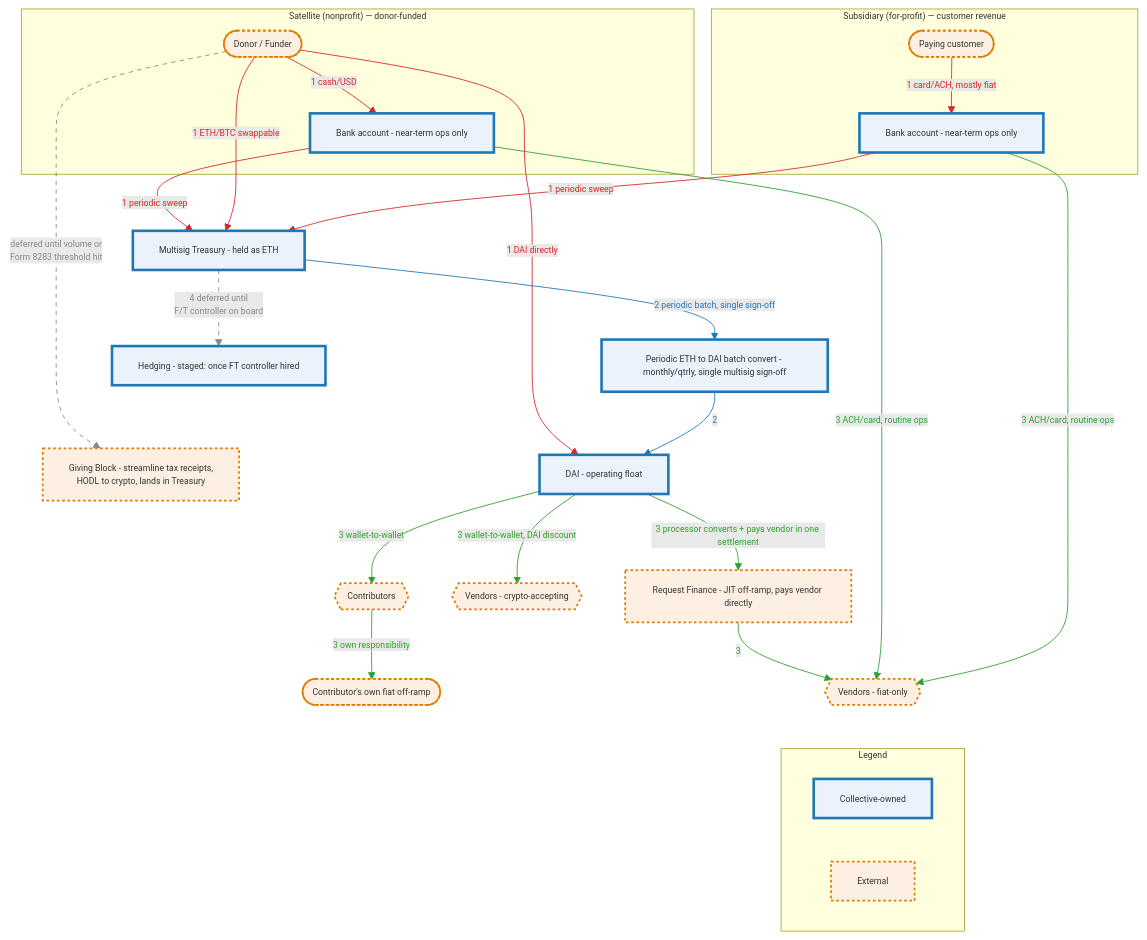
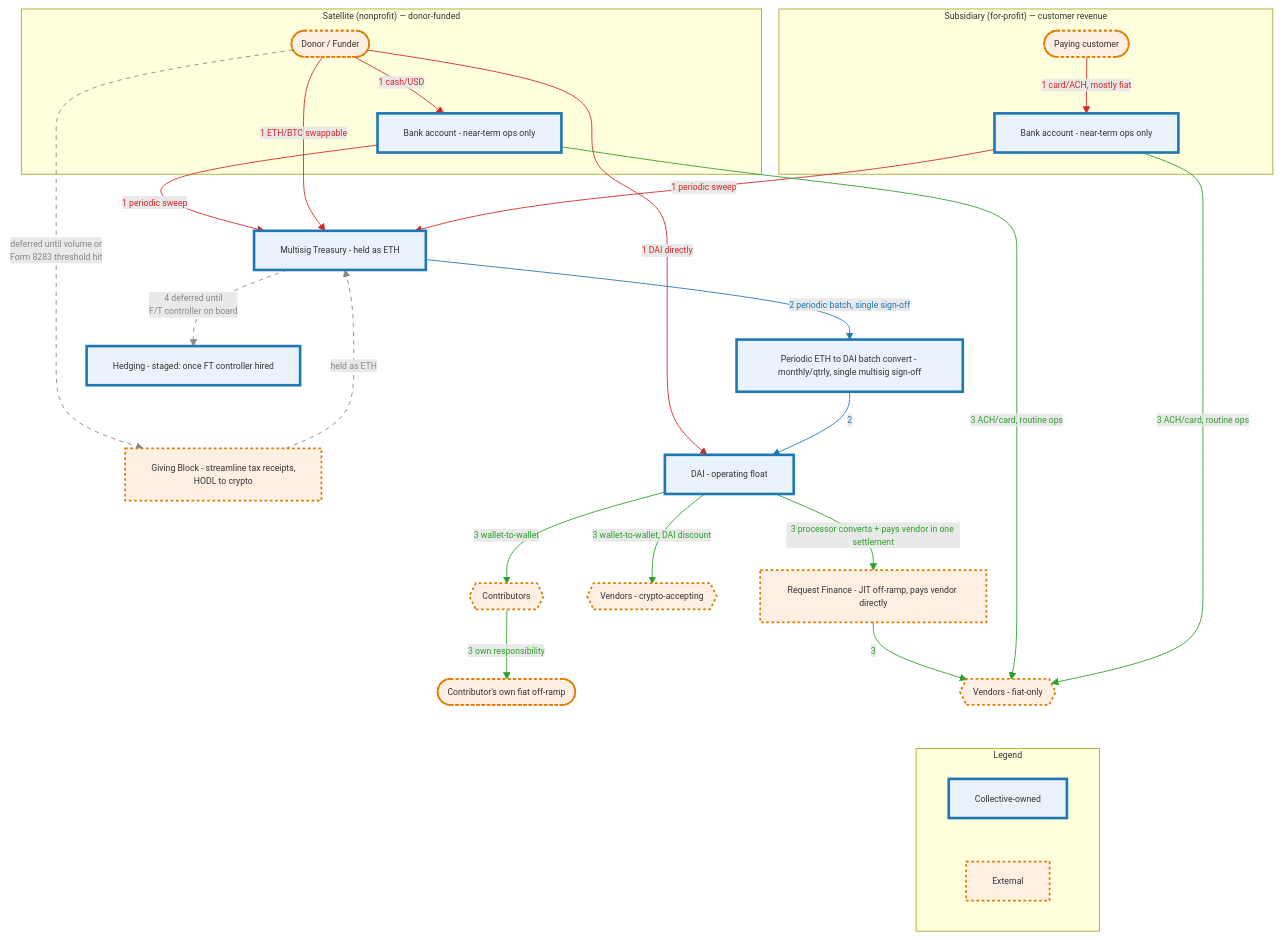
One commit to doikayt/admin changed the third of 4 diagrams in governance/commons-hub-pattern.md. Above: the diagram before and after it, drawn with Mermaid.

Commit message:
docs: try restoring Giving Block -> Treasury edge, now that layout shifted
Experimental - the earlier centering conflict may no longer apply
now that DonationProcessor's position is anchored by the Hedge
layout link instead of its own edges. Trimmed the redundant "lands
in Treasury" text back out of the label since the arrow says it now.
Easy to revert if it doesn't render cleanly.

````diff
--- a/governance/commons-hub-pattern.md
+++ b/governance/commons-hub-pattern.md
@@ -880,68 +880,69 @@
 ```mermaid
 %%{init: {"themeVariables": {"fontSize": "10px"}}}%%
 flowchart TD
     subgraph SAT["Satellite (nonprofit) — donor-funded"]
         Donor([Donor / Funder])
         SatBank[Bank account - near-term ops only]
     end
 
     subgraph SUB["Subsidiary (for-profit) — customer revenue"]
         Customer([Paying customer])
         SubBank[Bank account - near-term ops only]
     end
 
-    DonationProcessor[Giving Block - streamline tax receipts,<br/>HODL to crypto, lands in Treasury]
+    DonationProcessor[Giving Block - streamline tax receipts,<br/>HODL to crypto]
     Treasury[Multisig Treasury - held as ETH]
     BatchConvert[Periodic ETH to DAI batch convert - monthly/qtrly, single multisig sign-off]
     DAIFloat[DAI - operating float]
     Contributors{{Contributors}}
     ContribOfframp([Contributor's own fiat off-ramp])
     VendorsCrypto{{Vendors - crypto-accepting}}
     OffRampJIT[Request Finance - JIT off-ramp, pays vendor directly]
     VendorsFiat{{Vendors - fiat-only}}
     Hedge[Hedging - staged: once FT controller hired]
 
     subgraph LEGEND["Legend"]
         L1[Collective-owned]
         L2[External]
     end
 
     Donor -- "1 cash/USD" --> SatBank
     SatBank -- "1 periodic sweep" --> Treasury
     Donor -- "1 DAI directly" --> DAIFloat
     Donor -- "1 ETH/BTC swappable" --> Treasury
     Customer -- "1 card/ACH, mostly fiat" --> SubBank
     SubBank -- "1 periodic sweep" --> Treasury
 
     Donor -.->|"deferred until volume or<br/>Form 8283 threshold hit"| DonationProcessor
 
     Treasury -- "2 periodic batch, single sign-off" --> BatchConvert
     BatchConvert -- "2" --> DAIFloat
 
     DAIFloat -- "3 wallet-to-wallet" --> Contributors
     Contributors -- "3 own responsibility" --> ContribOfframp
     DAIFloat -- "3 wallet-to-wallet, DAI discount" --> VendorsCrypto
     DAIFloat -- "3 processor converts + pays vendor in one settlement" --> OffRampJIT
     OffRampJIT -- "3" --> VendorsFiat
     SatBank -- "3 ACH/card, routine ops" --> VendorsFiat
     SubBank -- "3 ACH/card, routine ops" --> VendorsFiat
 
     Treasury -.->|"4 deferred until<br/>F/T controller on board"| Hedge
 
     Hedge ~~~ DonationProcessor
     Donor ~~~ SatBank
     VendorsFiat ~~~ LEGEND
+    DonationProcessor -.->|"held as ETH"| Treasury
 
     linkStyle 0,1,2,3,4,5 stroke:#d62728,color:#d62728
     linkStyle 7,8 stroke:#1f77b4,color:#1f77b4
     linkStyle 9,10,11,12,13,14,15 stroke:#2ca02c,color:#2ca02c
-    linkStyle 6,16 stroke:#888888,color:#888888,stroke-dasharray: 5 5
+    linkStyle 6,16,20 stroke:#888888,color:#888888,stroke-dasharray: 5 5
 
     classDef owned fill:#eaf2fb,stroke:#1f77b4,stroke-width:3px
     classDef external fill:#fdf0e3,stroke:#e07b00,stroke-width:2px,stroke-dasharray:3 3
     class L1 owned
     class L2 external
     class Treasury,SatBank,SubBank,BatchConvert,DAIFloat,Hedge owned
     class Donor,DonationProcessor,Customer,Contributors,ContribOfframp external
     class VendorsCrypto,OffRampJIT,VendorsFiat external
 ```
````
